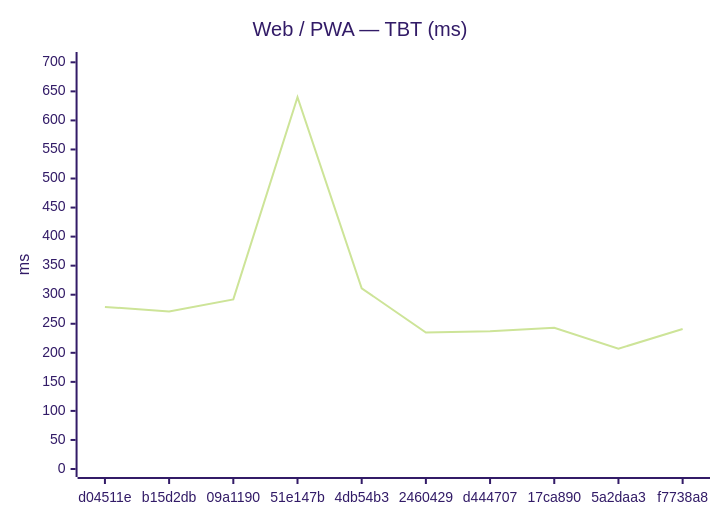
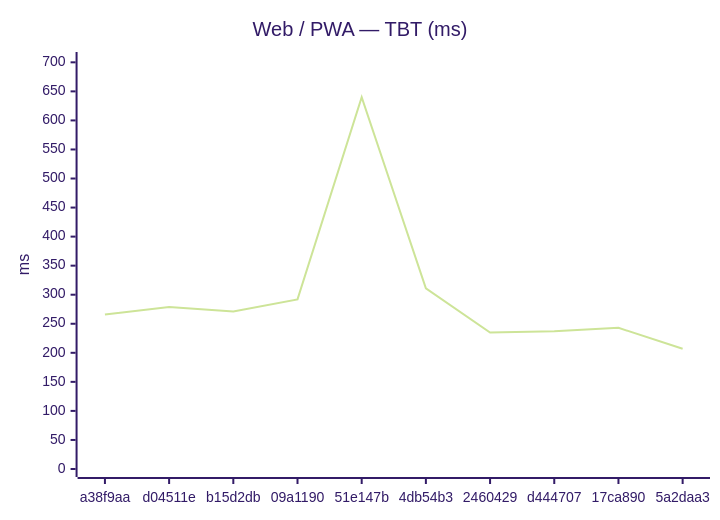
The second of 18 diagrams in benchmarks/compare.md (Metaheurist/Rianell), drawn with Mermaid (forest theme) before and after one commit. The commit also changed other lines of this file and 11 other files, not shown here.

````diff
--- a/benchmarks/compare.md
+++ b/benchmarks/compare.md
@@ -31,7 +31,7 @@
 ```mermaid
 xychart-beta
     title "Web / PWA — TBT (ms)"
-    x-axis ["d04511e", "b15d2db", "09a1190", "51e147b", "4db54b3", "2460429", "d444707", "17ca890", "5a2daa3", "f7738a8"]
+    x-axis ["a38f9aa", "d04511e", "b15d2db", "09a1190", "51e147b", "4db54b3", "2460429", "d444707", "17ca890", "5a2daa3"]
     y-axis "ms" 0 --> 704
-    line [279, 271, 292, 640, 311, 235, 237, 243, 207, 241]
+    line [266, 279, 271, 292, 640, 311, 235, 237, 243, 207]
 ```
````
